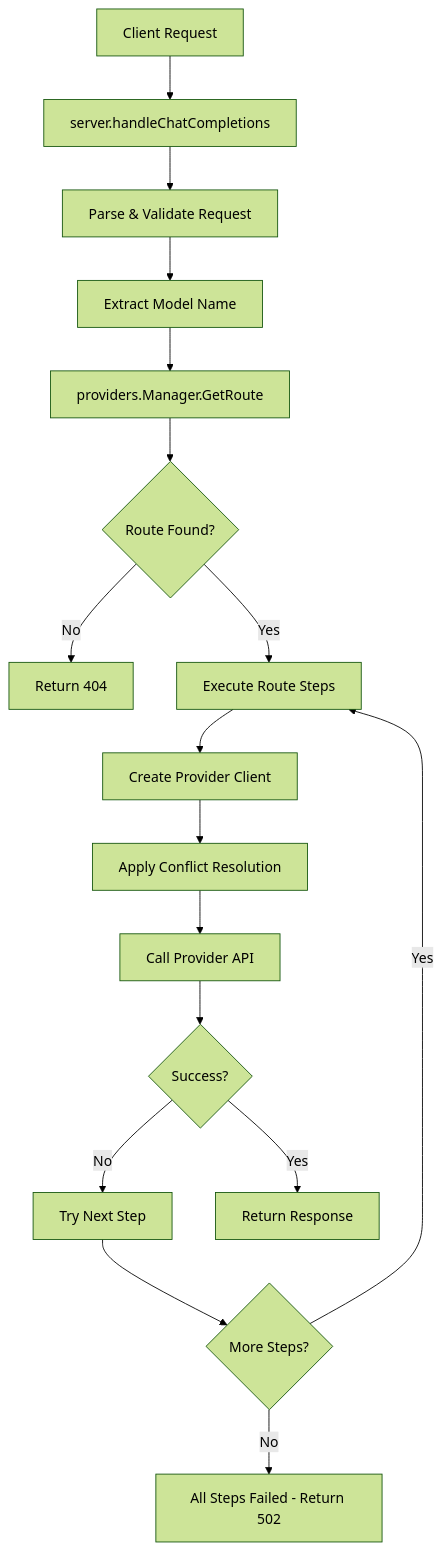
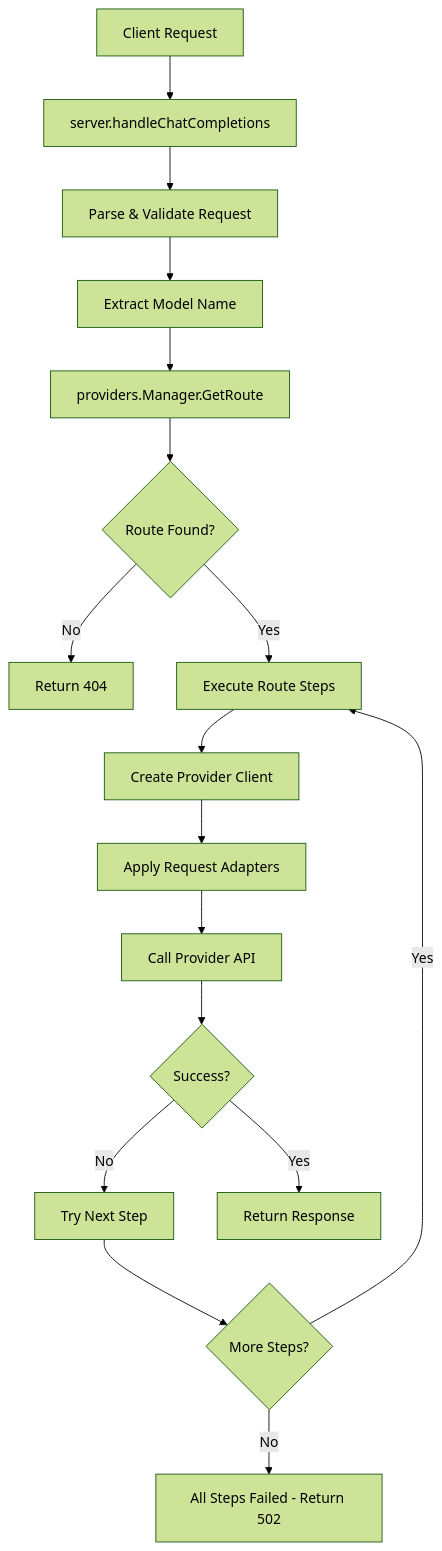
Before and after one commit to leshchenko1979/ai-gateway: the diagram in .cursor/memory/key-components.md, drawn with Mermaid (forest theme). The commit also changed other lines of this file and 3 other files, not shown here.

````diff
--- a/.cursor/memory/key-components.md
+++ b/.cursor/memory/key-components.md
@@ -70,19 +72,19 @@
 ```mermaid
 graph TD
     A[Client Request] --> B[server.handleChatCompletions]
     B --> C[Parse & Validate Request]
     C --> D[Extract Model Name]
     D --> E[providers.Manager.GetRoute]
     E --> F{Route Found?}
     F -->|No| G[Return 404]
     F -->|Yes| H[Execute Route Steps]
     H --> I[Create Provider Client]
-    I --> J[Apply Conflict Resolution]
+    I --> J[Apply Request Adapters]
     J --> K[Call Provider API]
     K --> L{Success?}
     L -->|No| M[Try Next Step]
     L -->|Yes| N[Return Response]
     M --> O{More Steps?}
     O -->|Yes| H
     O -->|No| P[All Steps Failed - Return 502]
 ```
````
